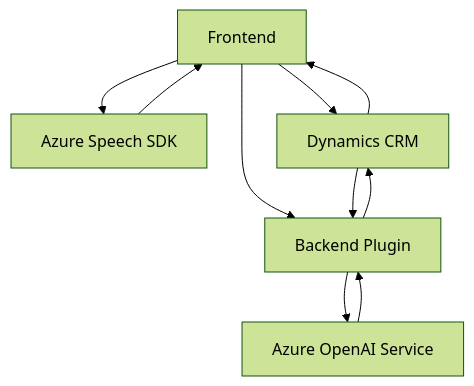
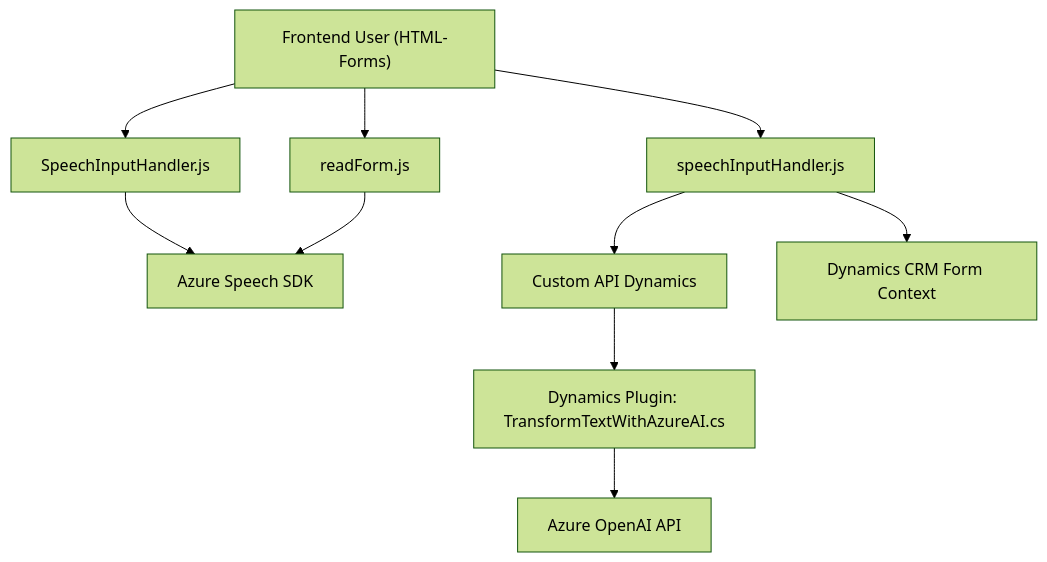
The diagram in README.md (blopezdm/NETCORE_BILBAO2025), drawn with Mermaid (forest theme) before and after one commit. The commit also changed other lines of this file, not shown here.

````diff
--- a/README.md
+++ b/README.md
@@ -43,17 +37,22 @@
 ```mermaid
 graph TD
-    A["Frontend"]
-    B["Backend Plugin"]
-    C["Azure Speech SDK"]
-    D["Azure OpenAI Service"]
-    E["Dynamics CRM"]
-    A --> C
+    A["SpeechInputHandler.js"]
+    B["readForm.js"]
+    C["speechInputHandler.js"]
+    D["Dynamics Plugin: TransformTextWithAzureAI.cs"]
+    E["Azure Speech SDK"]
+    F["Azure OpenAI API"]
+    G["Custom API Dynamics"]
+    H["Frontend User (HTML-Forms)"]
+    I["Dynamics CRM Form Context"]
+
+    H --> A
+    H --> B
+    H --> C
+    C --> I
+    D --> F
     A --> E
-    A --> B
-    B --> D
     B --> E
-    C --> A
-    D --> B
-    E --> A
-    E --> B
+    C --> G
+    G --> D
 ```
````
